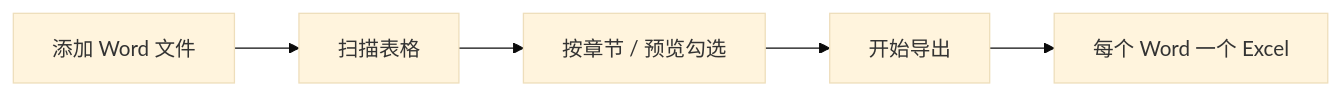
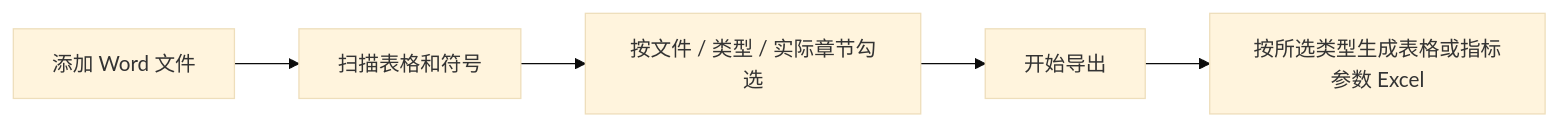
One commit to LJ996007/replace-simple changed the second of 2 diagrams in docs/使用教程.md. Above: the diagram before and after it, drawn with Mermaid (base theme). The commit also changed other lines of this file and 13 other files, not shown here.

````diff
--- a/docs/使用教程.md
+++ b/docs/使用教程.md
@@ -372,7 +373,7 @@
 ```mermaid
 flowchart LR
-    A[添加 Word 文件] --> B[扫描表格]
-    B --> C[按章节 / 预览勾选]
+    A[添加 Word 文件] --> B[扫描表格和符号]
+    B --> C[按文件 / 类型 / 实际章节勾选]
     C --> D[开始导出]
-    D --> E[每个 Word 一个 Excel]
+    D --> E[按所选类型生成表格或指标参数 Excel]
 ```
````
